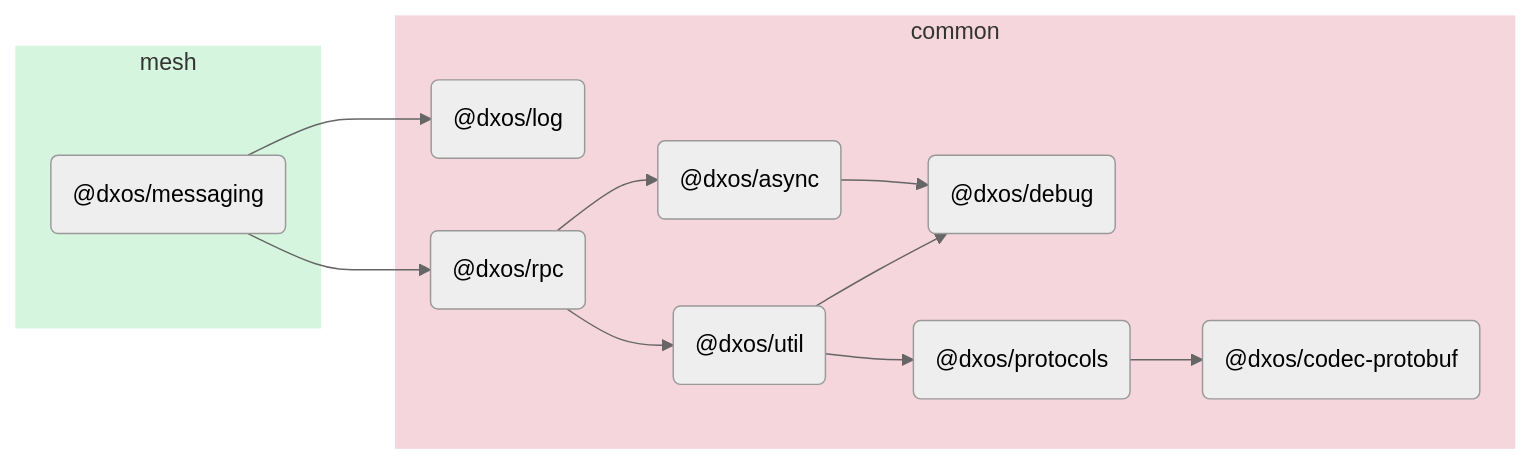
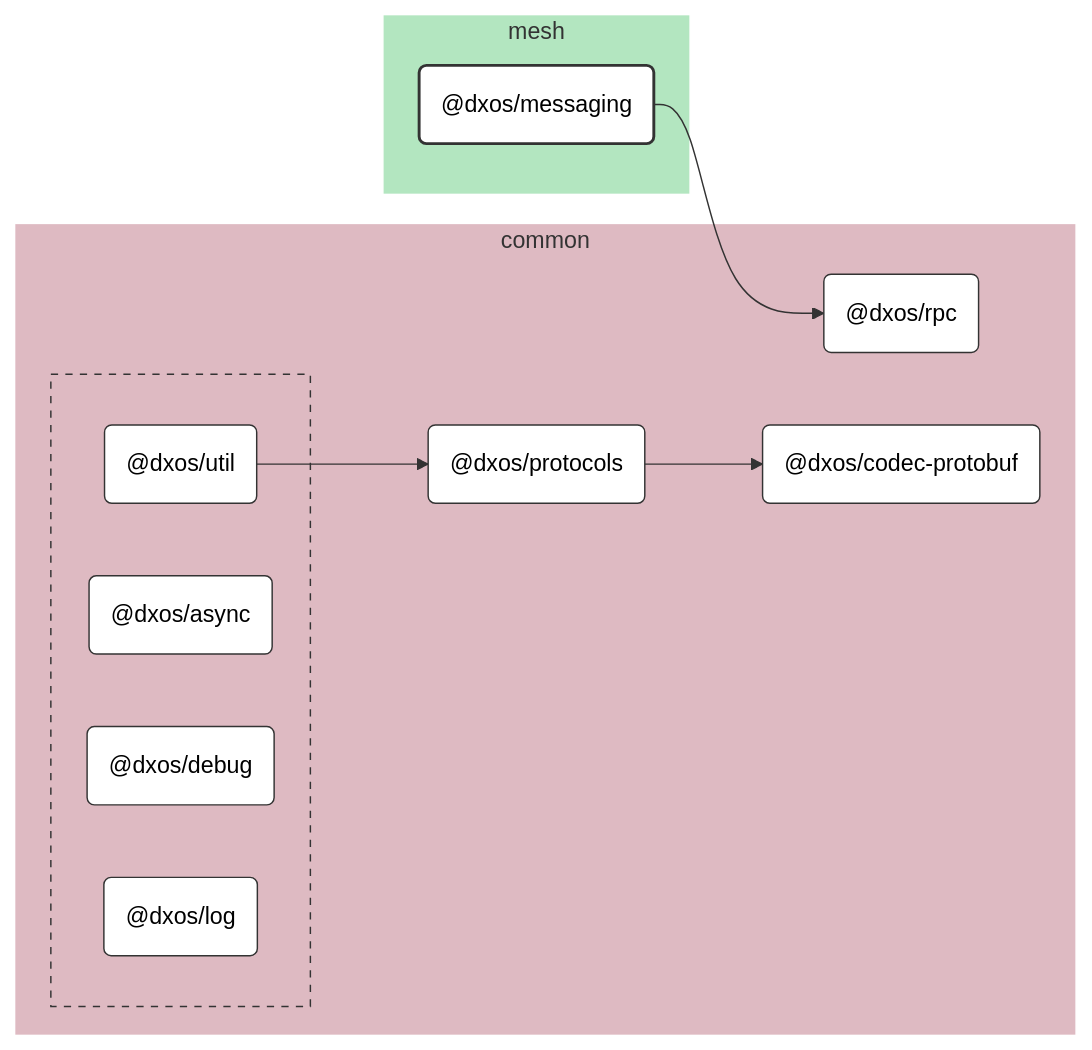
Before and after one commit to dxos/dxos: the diagram in packages/mesh/messaging/docs/README.md, drawn with Mermaid (neutral theme). The commit also changed other lines of this file and 109 other files, not shown here.

````diff
--- a/packages/mesh/messaging/docs/README.md
+++ b/packages/mesh/messaging/docs/README.md
@@ -5,28 +7,59 @@
 ```mermaid
-flowchart LR;
+%%{ init: {'flowchart':{'curve':'basis'}} }%%
 
+flowchart LR
+
+%% Links
+dxos/messaging --> dxos/rpc;
+dxos/protocols --> dxos/codec-protobuf;
+dxos/util --> dxos/protocols;
+
+%% Sections
 subgraph mesh
-  style mesh fill:#d6f5de,stroke:#fff;
-  dxos/messaging("@dxos/messaging");
+  style mesh fill:#b3e6c0,stroke:#fff;
+
+  dxos/messaging("@dxos/messaging")
 end
 
 subgraph common
-  style common fill:#f5d6dd,stroke:#fff;
-  dxos/async("@dxos/async");
-  dxos/debug("@dxos/debug");
-  dxos/codec-protobuf("@dxos/codec-protobuf");
-  dxos/log("@dxos/log");
-  dxos/protocols("@dxos/protocols");
-  dxos/rpc("@dxos/rpc");
-  dxos/util("@dxos/util");
+  style common fill:#debac2,stroke:#fff;
+
+  dxos/codec-protobuf("@dxos/codec-protobuf")
+  dxos/protocols("@dxos/protocols")
+  dxos/rpc("@dxos/rpc")
+
+  subgraph common-excluded [ ]
+    style common-excluded fill:#debac2,stroke:#333,stroke-dasharray:5 5;
+
+    dxos/async("@dxos/async")
+    dxos/debug("@dxos/debug")
+    dxos/log("@dxos/log")
+    dxos/util("@dxos/util")
+  end
 end
 
-dxos/async --> dxos/debug;
-dxos/messaging --> dxos/log;
-dxos/protocols --> dxos/codec-protobuf;
-dxos/messaging --> dxos/rpc;
-dxos/rpc --> dxos/async;
-dxos/rpc --> dxos/util;
-dxos/util --> dxos/debug;
-dxos/util --> dxos/protocols;
+
+%% Hyperlinks
+click dxos/async href "https:/github.com/dxos/dxos/tree/main/packages/common/async/docs";
+click dxos/codec-protobuf href "https:/github.com/dxos/dxos/tree/main/packages/common/codec-protobuf/docs";
+click dxos/debug href "https:/github.com/dxos/dxos/tree/main/packages/common/debug/docs";
+click dxos/log href "https:/github.com/dxos/dxos/tree/main/packages/common/log/docs";
+click dxos/protocols href "https:/github.com/dxos/dxos/tree/main/packages/common/protocols/docs";
+click dxos/rpc href "https:/github.com/dxos/dxos/tree/main/packages/common/rpc/docs";
+click dxos/util href "https:/github.com/dxos/dxos/tree/main/packages/common/util/docs";
+
+%% Styles
+classDef rootNode fill:#fff,stroke:#333,stroke-width:2px
+classDef defaultNode fill:#fff,stroke:#333,stroke-width:1px
+linkStyle default stroke:#333,stroke-width:1px
+
+dxos/messaging:::rootNode
+
+dxos/async:::defaultNode
+dxos/codec-protobuf:::defaultNode
+dxos/debug:::defaultNode
+dxos/log:::defaultNode
+dxos/protocols:::defaultNode
+dxos/rpc:::defaultNode
+dxos/util:::defaultNode
 ```
````
